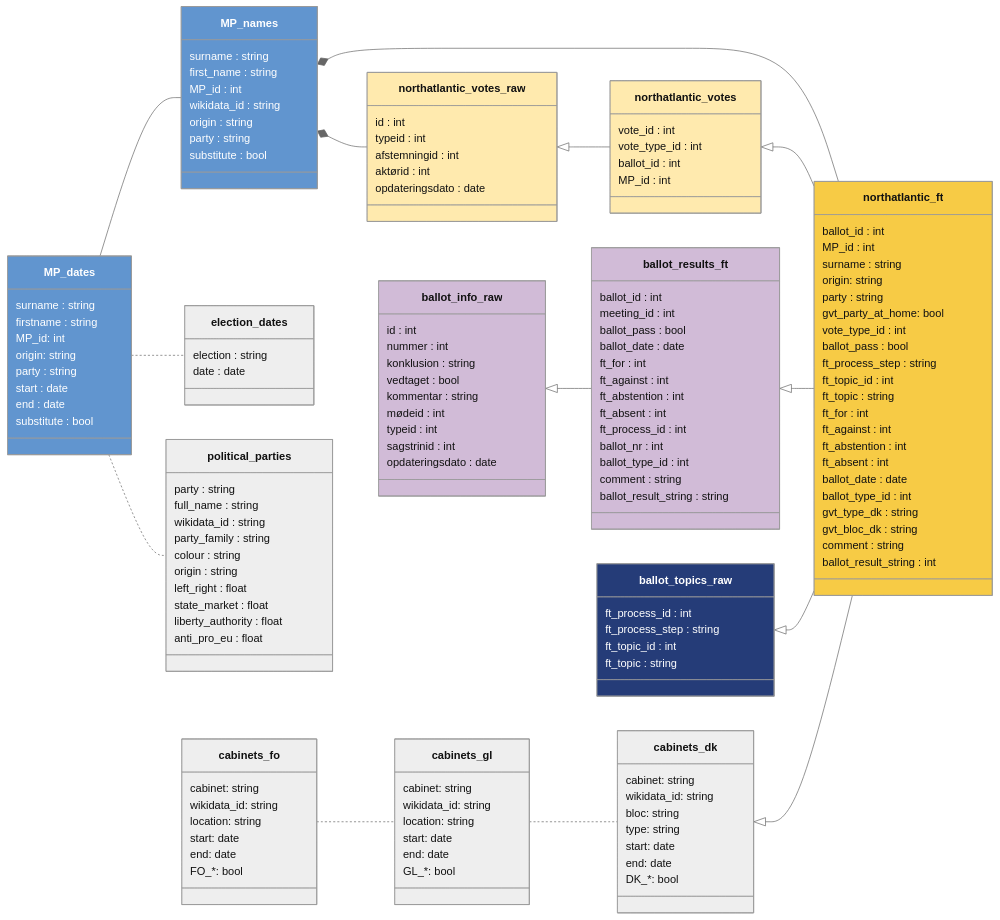
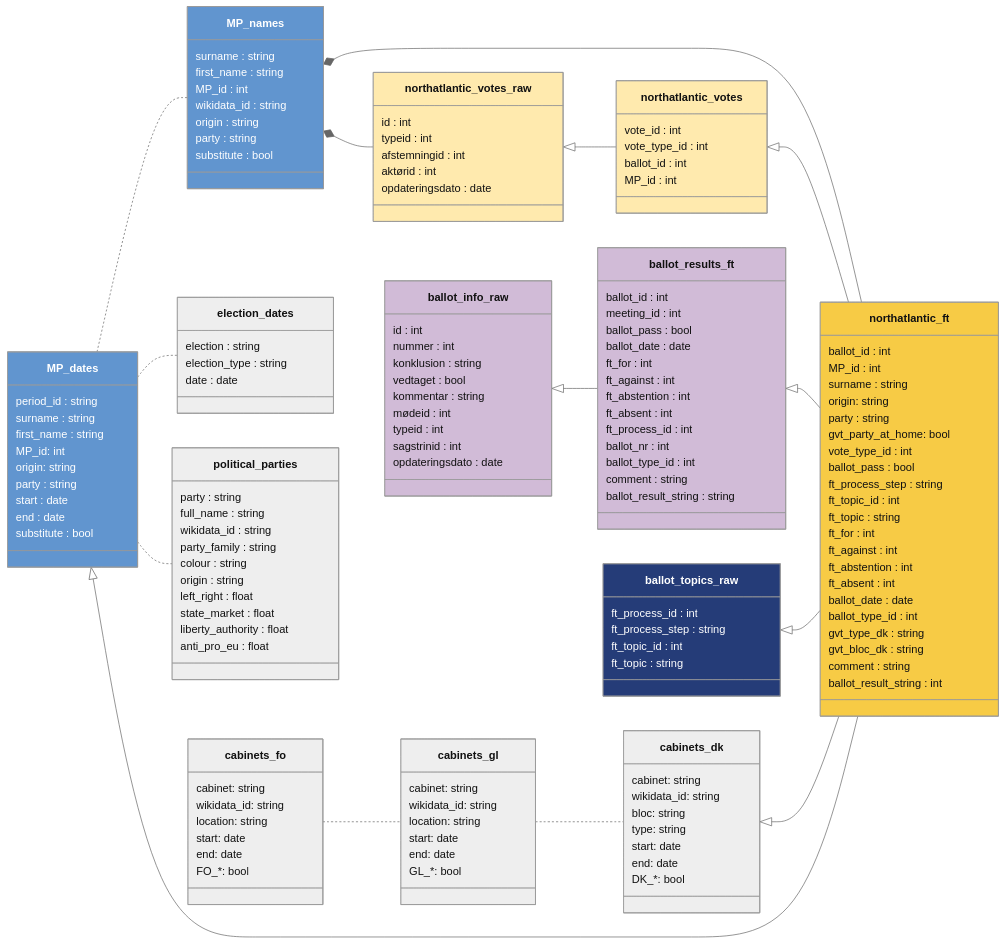
The diagram in docs/codebook.qmd (mtwente/nordatlantisk-ft), drawn with Mermaid (neutral theme) before and after one commit. The commit also changed other lines of this file and 36 other files, not shown here.

```diff
--- a/docs/codebook.qmd
+++ b/docs/codebook.qmd
@@ -105,7 +105,7 @@
 classDiagram
     direction LR
 
-    MP_dates -- MP_names
+    MP_dates .. MP_names
     MP_dates .. election_dates
     MP_dates .. political_parties
 
@@ -123,6 +123,8 @@
     cabinets_fo .. cabinets_gl
     cabinets_gl .. cabinets_dk
     cabinets_dk <|-- northatlantic_ft
+
+    MP_dates <|-- northatlantic_ft
 
     class northatlantic_ft {
         ballot_id : int
@@ -156,8 +158,9 @@
     }
 
         class MP_dates {
+        period_id : string
         surname : string
-        firstname : string
+        first_name : string
         MP_id: int
         origin: string
         party : string
@@ -168,6 +171,7 @@
 
     class election_dates {
         election : string
+        election_type : string
         date : date
     }
 
```
